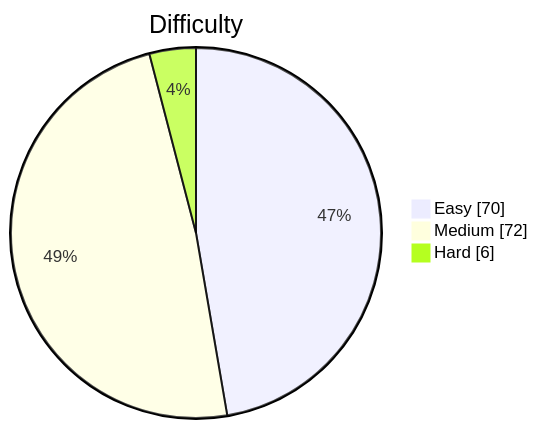
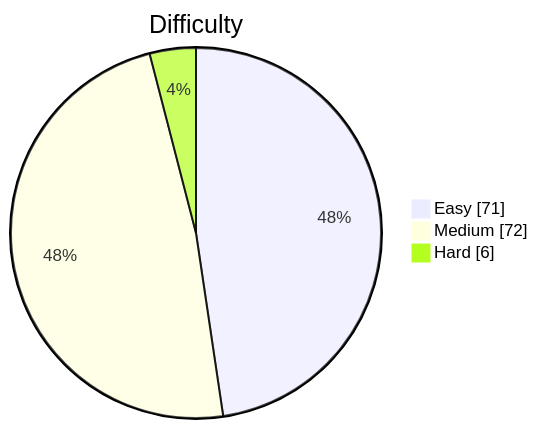
The diagram in README.md (kevstevie/python-algo-practice), drawn with Mermaid before and after one commit. The commit also changed other lines of this file, not shown here.

````diff
--- a/README.md
+++ b/README.md
@@ -13,7 +13,7 @@
 ```mermaid
 pie showData
     title Difficulty
-    "Easy"   : 70
+    "Easy"   : 71
     "Medium" : 72
     "Hard"   : 6
 ```
````
